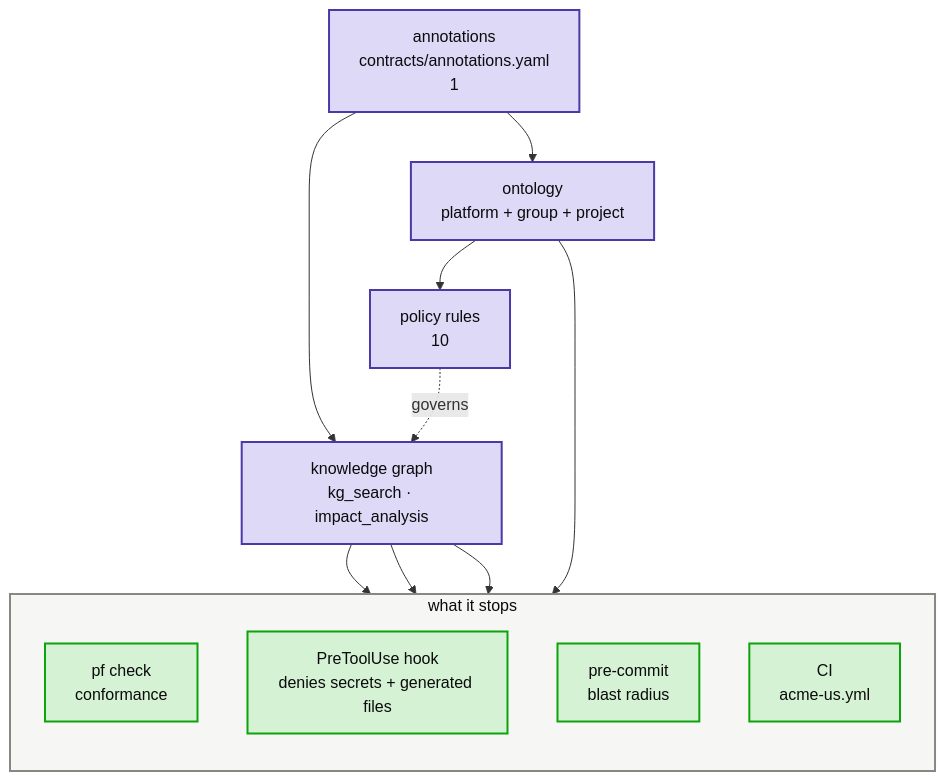
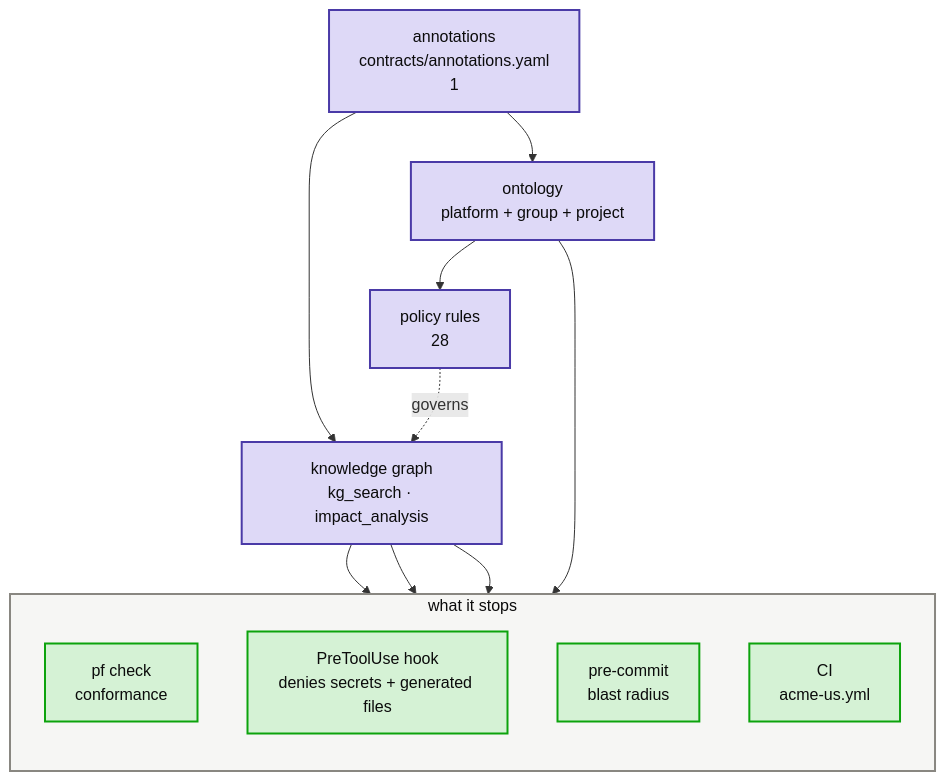
The third of 3 diagrams in groups/acme/projects/acme-us/kg/architecture.md (Atomz-org/data-platform), drawn with Mermaid before and after one commit. The commit also changed other lines of this file and 7 other files, not shown here.

````diff
--- a/groups/acme/projects/acme-us/kg/architecture.md
+++ b/groups/acme/projects/acme-us/kg/architecture.md
@@ -68,26 +68,26 @@
 ```mermaid
 flowchart TB
     A["annotations<br/>contracts/annotations.yaml<br/>1"]:::platform
     O["ontology<br/>platform + group + project"]:::platform
-    P["policy rules<br/>10"]:::platform
+    P["policy rules<br/>28"]:::platform
     K["knowledge graph<br/>kg_search · impact_analysis"]:::platform
     subgraph LG["what it stops"]
         direction TB
         E1["pf check<br/>conformance"]:::good
         E2["PreToolUse hook<br/>denies secrets + generated files"]:::good
         E3["pre-commit<br/>blast radius"]:::good
         E4["CI<br/>acme-us.yml"]:::good
     end
     A --> O --> P
     A --> K
     P -.governs.-> K
     K --> E2
     K --> E3
     K --> E4
     O --> E1
     classDef platform fill:#ded9f7,stroke:#4a3aa7,stroke-width:2px,color:#0b0b0b
     classDef good fill:#d5f2d5,stroke:#0ca30c,stroke-width:2px,color:#0b0b0b
     classDef neutral fill:#e8e7e2,stroke:#898781,stroke-width:2px,color:#0b0b0b
     classDef lane fill:#f6f6f4,stroke:#898781,stroke-width:2px,color:#0b0b0b
     class LG lane
 ```
````
